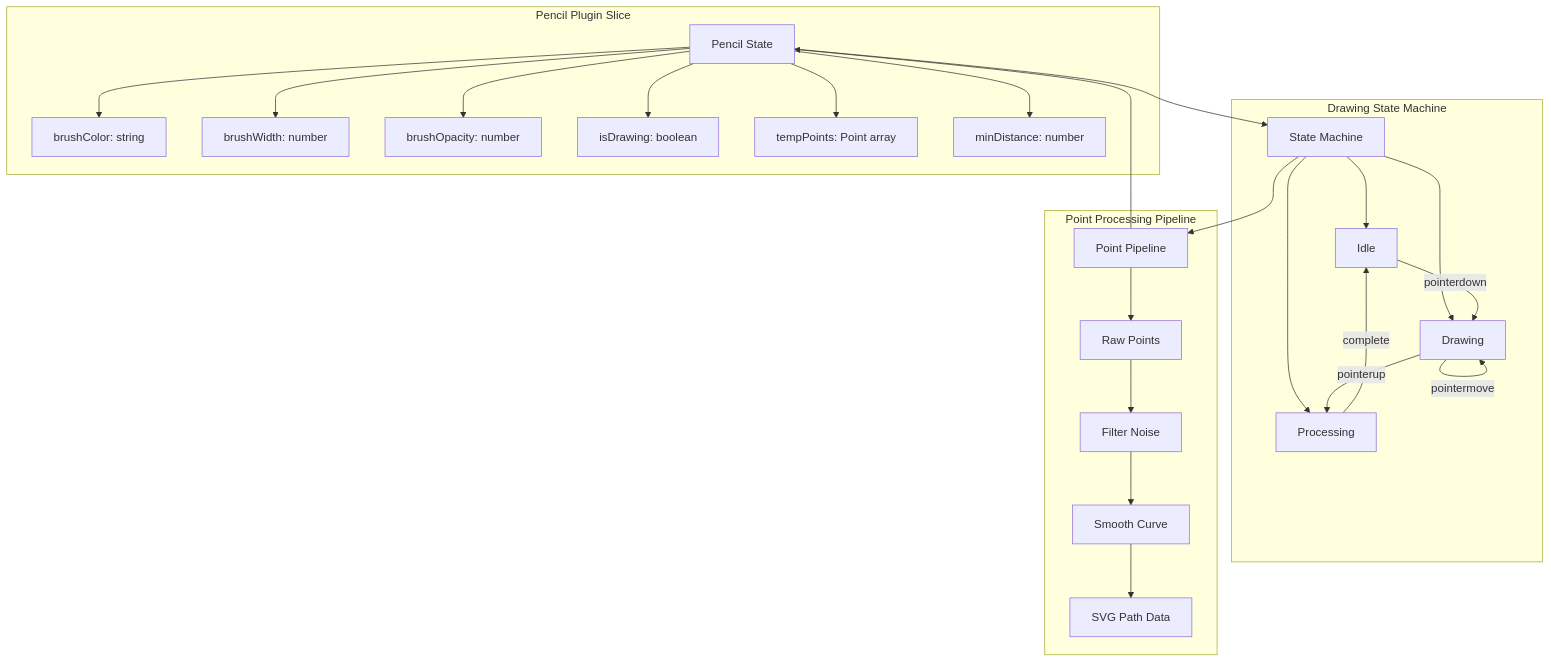
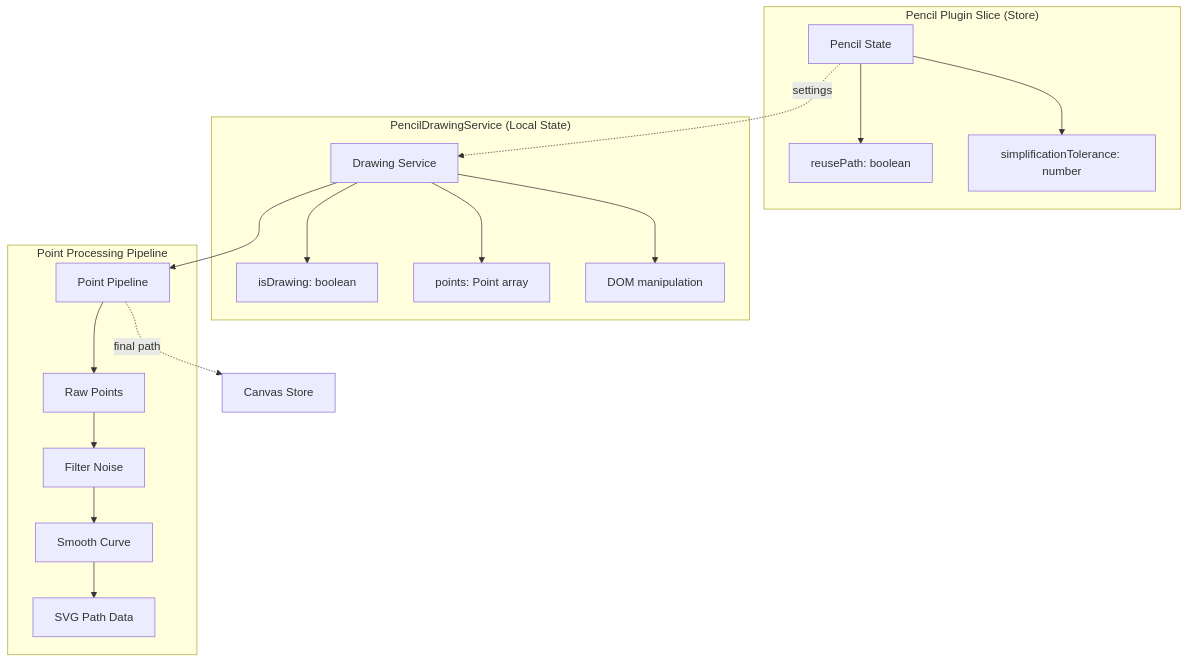
The third of 3 diagrams in doc/docs/plugins/catalog/pencil.md (ekrsulov/ttpe), drawn with Mermaid before and after one commit. The commit also changed other lines of this file and 7 other files, not shown here.

````diff
--- a/doc/docs/plugins/catalog/pencil.md
+++ b/doc/docs/plugins/catalog/pencil.md
@@ -152,36 +145,27 @@
 ```mermaid
 graph TB
-    subgraph "Pencil Plugin Slice"
+    subgraph "Pencil Plugin Slice (Store)"
         PS[Pencil State]
-        PS --> BC[brushColor: string]
-        PS --> BW[brushWidth: number]
-        PS --> BO[brushOpacity: number]
-        PS --> ID[isDrawing: boolean]
-        PS --> TP[tempPoints: Point array]
-        PS --> MD[minDistance: number]
+        PS --> RP[reusePath: boolean]
+        PS --> ST[simplificationTolerance: number]
     end
     
-    subgraph "Drawing State Machine"
-        SM[State Machine]
-        SM --> IDLE[Idle]
-        SM --> DRAW[Drawing]
-        SM --> PROC[Processing]
-        
-        IDLE -->|pointerdown| DRAW
-        DRAW -->|pointermove| DRAW
-        DRAW -->|pointerup| PROC
-        PROC -->|complete| IDLE
+    subgraph "PencilDrawingService (Local State)"
+        DS[Drawing Service]
+        DS --> DRAW[isDrawing: boolean]
+        DS --> PTS[points: Point array]
+        DS --> DOM[DOM manipulation]
     end
     
     subgraph "Point Processing Pipeline"
         PP[Point Pipeline]
         PP --> RAW[Raw Points]
         RAW --> FILT[Filter Noise]
         FILT --> SMTH[Smooth Curve]
         SMTH --> SVG[SVG Path Data]
     end
     
-    PS --> SM
-    SM --> PP
-    PP --> PS
+    PS -.settings.-> DS
+    DS --> PP
+    PP -.final path.-> Store[Canvas Store]
 ```
````
